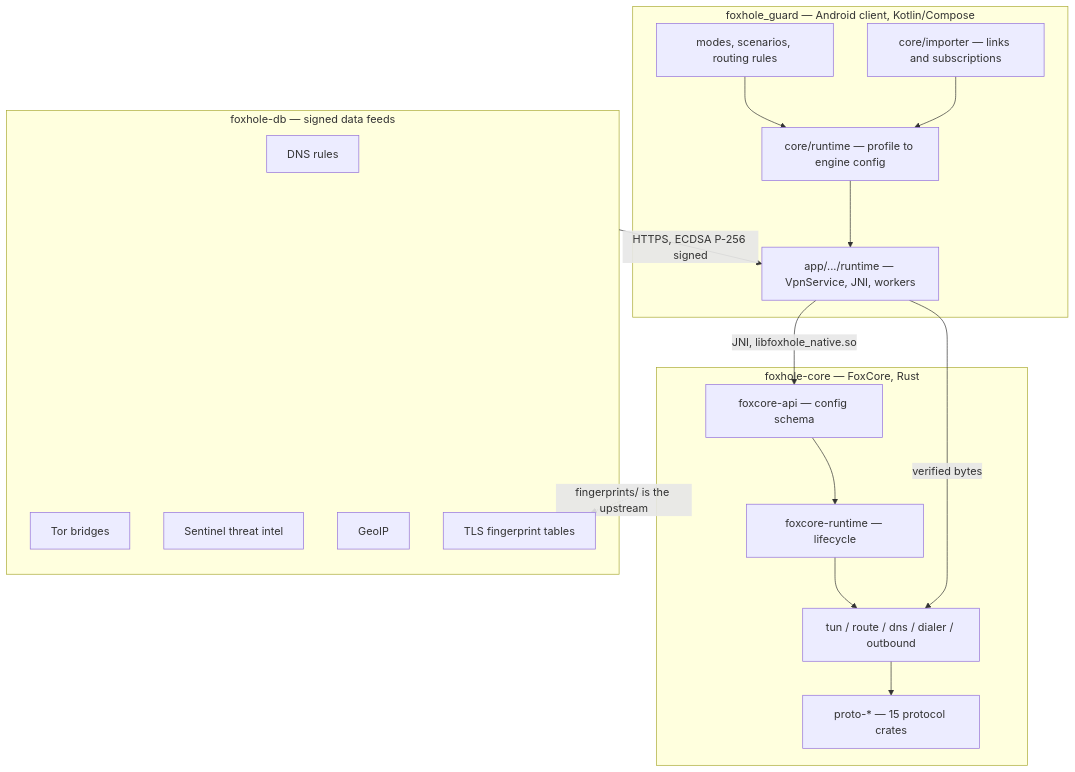
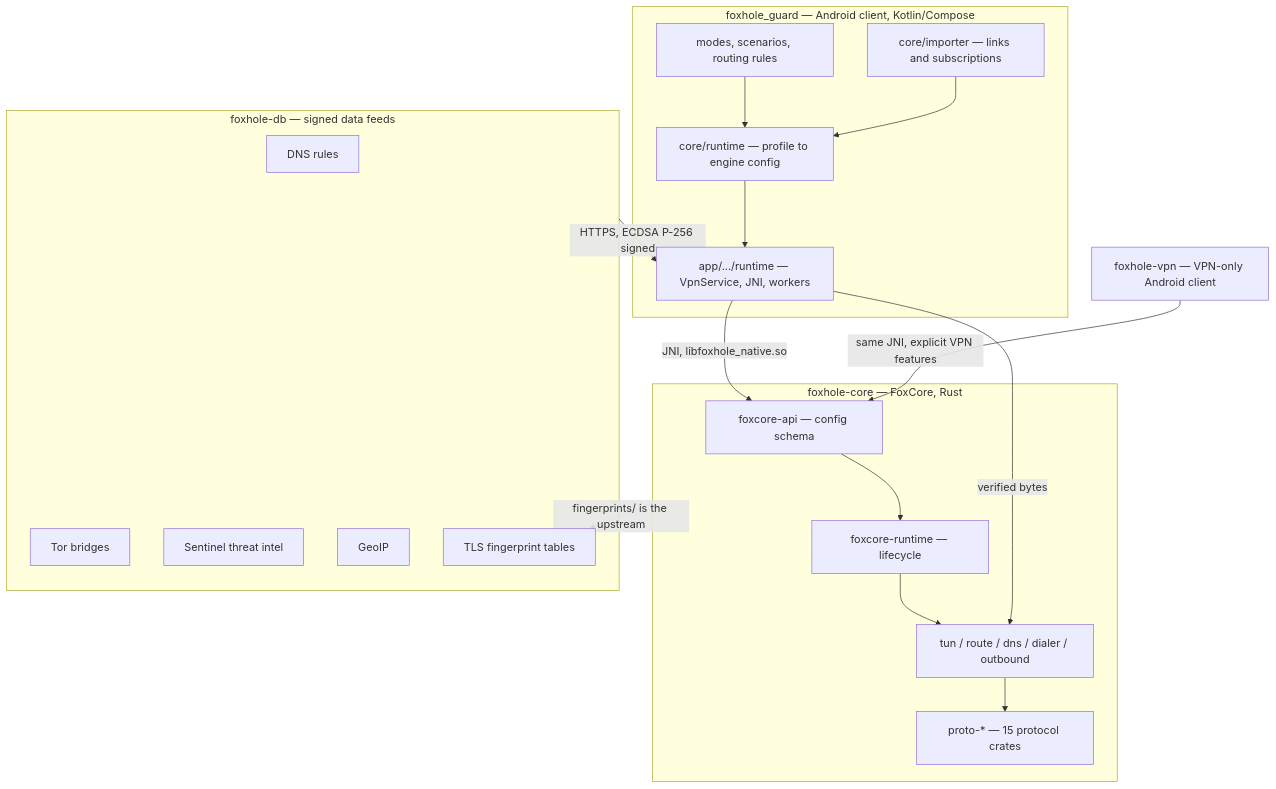
Before and after one commit to foxhole-team/foxhole-core: the first of 2 diagrams in docs/architecture/README.md, drawn with Mermaid. The commit also changed other lines of this file and 1788 other files, not shown here.

````diff
--- a/docs/architecture/README.md
+++ b/docs/architecture/README.md
@@ -6,33 +7,36 @@
 ```mermaid
 flowchart TD
     subgraph guard["foxhole_guard — Android client, Kotlin/Compose"]
         UI["modes, scenarios, routing rules"]
         IMP["core/importer — links and subscriptions"]
         RT["core/runtime — profile to engine config"]
         SVC["app/.../runtime — VpnService, JNI, workers"]
     end
 
     subgraph core["foxhole-core — FoxCore, Rust"]
         API["foxcore-api — config schema"]
         RUN["foxcore-runtime — lifecycle"]
         DP["tun / route / dns / dialer / outbound"]
         PROTO["proto-* — 15 protocol crates"]
     end
 
+    LITE["foxhole-vpn — VPN-only Android client"]
+
     subgraph db["foxhole-db — signed data feeds"]
         F1["DNS rules"]
         F2["Tor bridges"]
         F3["Sentinel threat intel"]
         F4["GeoIP"]
         F5["TLS fingerprint tables"]
     end
 
     UI --> RT
     IMP --> RT
     RT --> SVC
     SVC -->|"JNI, libfoxhole_native.so"| API
+    LITE -->|"same JNI, explicit VPN features"| API
     API --> RUN --> DP --> PROTO
     db -->|"HTTPS, ECDSA P-256 signed"| SVC
     SVC -->|"verified bytes"| DP
     core -.->|"fingerprints/ is the upstream"| F5
 ```
````
